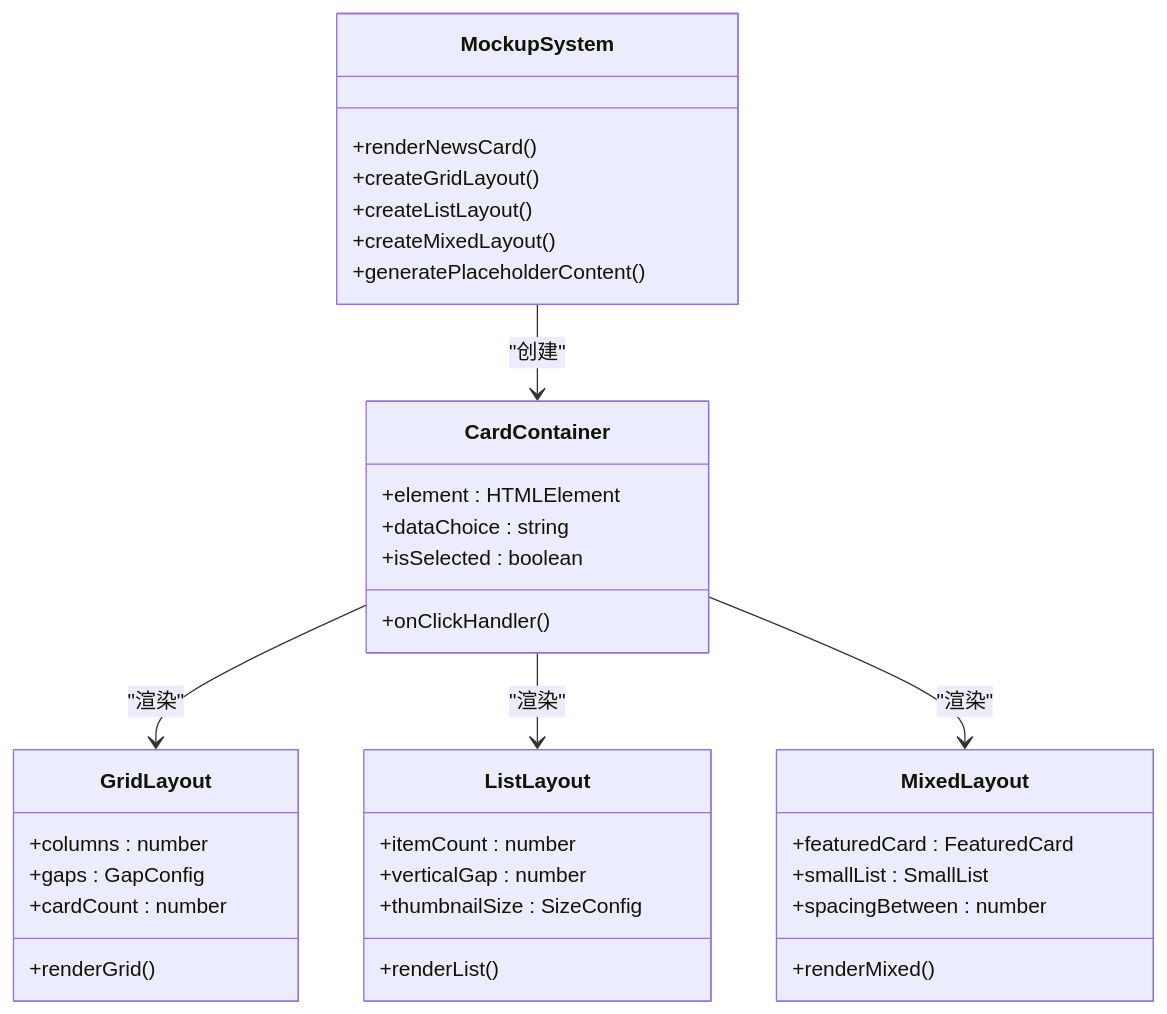
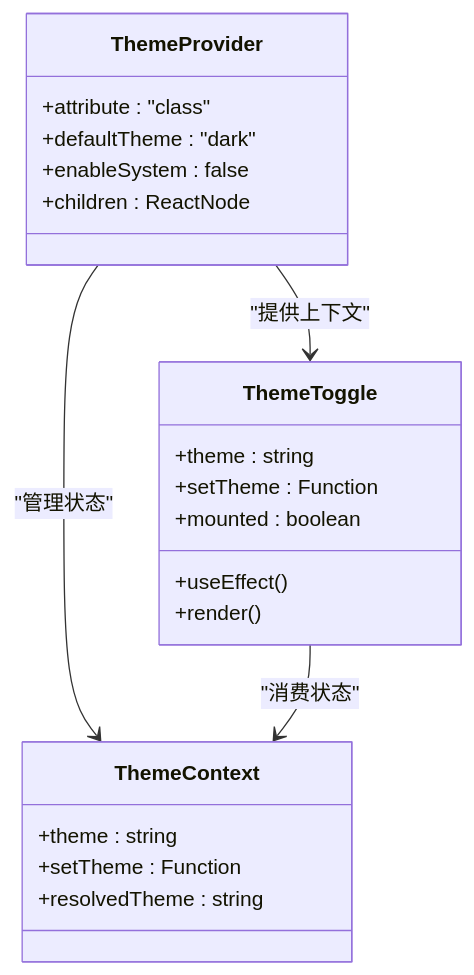
Before and after one commit to huanglixinccc/next-demo-collection: the second of 9 diagrams in .qoder/repowiki/zh/content/技术实现细节.md, drawn with Mermaid. The commit also changed other lines of this file and 10 other files, not shown here.

````diff
--- a/.qoder/repowiki/zh/content/技术实现细节.md
+++ b/.qoder/repowiki/zh/content/技术实现细节.md
@@ -62,38 +101,24 @@
 ```mermaid
 classDiagram
-class MockupSystem {
-+renderNewsCard()
-+createGridLayout()
-+createListLayout()
-+createMixedLayout()
-+generatePlaceholderContent()
+class ThemeProvider {
++attribute : "class"
++defaultTheme : "dark"
++enableSystem : false
++children : ReactNode
 }
-class CardContainer {
-+element : HTMLElement
-+dataChoice : string
-+onClickHandler()
-+isSelected : boolean
+class ThemeToggle {
++theme : string
++setTheme : Function
++mounted : boolean
++useEffect()
++render()
 }
-class GridLayout {
-+columns : number
-+gaps : GapConfig
-+cardCount : number
-+renderGrid()
+class ThemeContext {
++theme : string
++setTheme : Function
++resolvedTheme : string
 }
-class ListLayout {
-+itemCount : number
-+verticalGap : number
-+thumbnailSize : SizeConfig
-+renderList()
-}
-class MixedLayout {
-+featuredCard : FeaturedCard
-+smallList : SmallList
-+spacingBetween : number
-+renderMixed()
-}
-MockupSystem --> CardContainer : "创建"
-CardContainer --> GridLayout : "渲染"
-CardContainer --> ListLayout : "渲染"
-CardContainer --> MixedLayout : "渲染"
+ThemeProvider --> ThemeToggle : "提供上下文"
+ThemeProvider --> ThemeContext : "管理状态"
+ThemeToggle --> ThemeContext : "消费状态"
 ```
````
